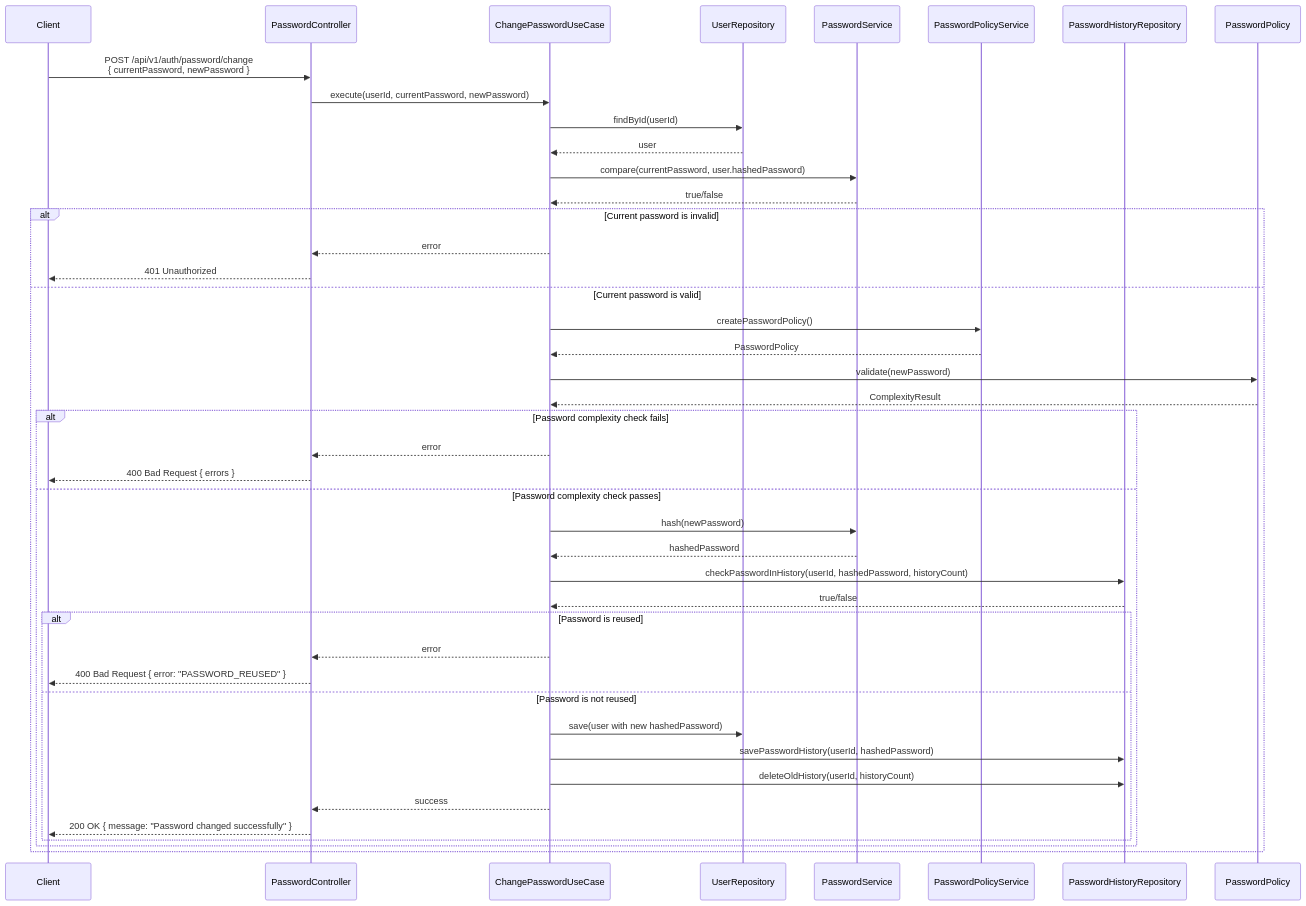
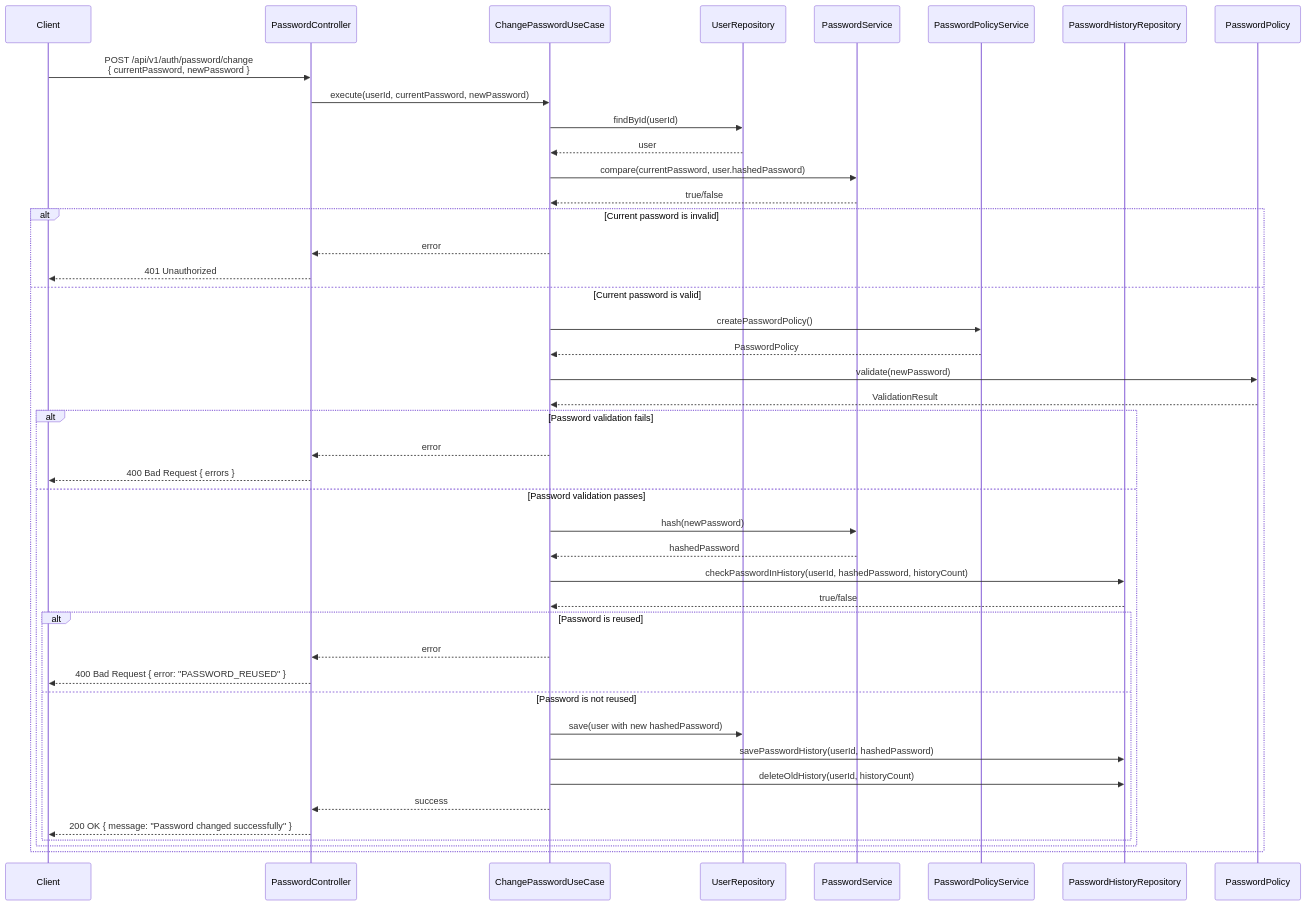
Before and after one commit to kencom2400/MrWebDefence-Console: the first of 3 diagrams in docs/detailed-design/MWD-32_password-policy-implementation/sequence-diagrams.md, drawn with Mermaid. The commit also changed other lines of this file and 2 other files, not shown here.

Commit message:
fix: パスワードポリシー設計の一貫性を改善
- PasswordPolicy Value Objectから冗長なcheckComplexityメソッドを削除（validateのみに統一）
- ComplexityResultをValidationResultに変更し、strengthScoreを分離（Value Objectの責務を明確化）
- テスト戦略の記述を修正（PasswordPolicyServiceの責務を正確に記述）
- シーケンス図にPasswordPolicyとPasswordServiceを追加し、データフローの整合性を確保
- クラス図の依存関係を修正（ValidatePasswordPolicyUseCaseにPasswordServiceを追加）

````diff
--- a/docs/detailed-design/MWD-32_password-policy-implementation/sequence-diagrams.md
+++ b/docs/detailed-design/MWD-32_password-policy-implementation/sequence-diagrams.md
@@ -5,53 +5,53 @@
 ```mermaid
 sequenceDiagram
     participant Client
     participant PasswordController
     participant ChangePasswordUseCase
     participant UserRepository
     participant PasswordService
     participant PasswordPolicyService
     participant PasswordHistoryRepository
 
     Client->>PasswordController: POST /api/v1/auth/password/change<br/>{ currentPassword, newPassword }
     PasswordController->>ChangePasswordUseCase: execute(userId, currentPassword, newPassword)
     
     ChangePasswordUseCase->>UserRepository: findById(userId)
     UserRepository-->>ChangePasswordUseCase: user
     
     ChangePasswordUseCase->>PasswordService: compare(currentPassword, user.hashedPassword)
     PasswordService-->>ChangePasswordUseCase: true/false
     
     alt Current password is invalid
         ChangePasswordUseCase-->>PasswordController: error
         PasswordController-->>Client: 401 Unauthorized
     else Current password is valid
         ChangePasswordUseCase->>PasswordPolicyService: createPasswordPolicy()
         PasswordPolicyService-->>ChangePasswordUseCase: PasswordPolicy
         
         ChangePasswordUseCase->>PasswordPolicy: validate(newPassword)
-        PasswordPolicy-->>ChangePasswordUseCase: ComplexityResult
+        PasswordPolicy-->>ChangePasswordUseCase: ValidationResult
         
-        alt Password complexity check fails
+        alt Password validation fails
             ChangePasswordUseCase-->>PasswordController: error
             PasswordController-->>Client: 400 Bad Request { errors }
-        else Password complexity check passes
+        else Password validation passes
             ChangePasswordUseCase->>PasswordService: hash(newPassword)
             PasswordService-->>ChangePasswordUseCase: hashedPassword
             
             ChangePasswordUseCase->>PasswordHistoryRepository: checkPasswordInHistory(userId, hashedPassword, historyCount)
             PasswordHistoryRepository-->>ChangePasswordUseCase: true/false
             
             alt Password is reused
                 ChangePasswordUseCase-->>PasswordController: error
                 PasswordController-->>Client: 400 Bad Request { error: "PASSWORD_REUSED" }
             else Password is not reused
                 ChangePasswordUseCase->>UserRepository: save(user with new hashedPassword)
                 ChangePasswordUseCase->>PasswordHistoryRepository: savePasswordHistory(userId, hashedPassword)
                 ChangePasswordUseCase->>PasswordHistoryRepository: deleteOldHistory(userId, historyCount)
                 
                 ChangePasswordUseCase-->>PasswordController: success
                 PasswordController-->>Client: 200 OK { message: "Password changed successfully" }
             end
         end
     end
 ```
````
